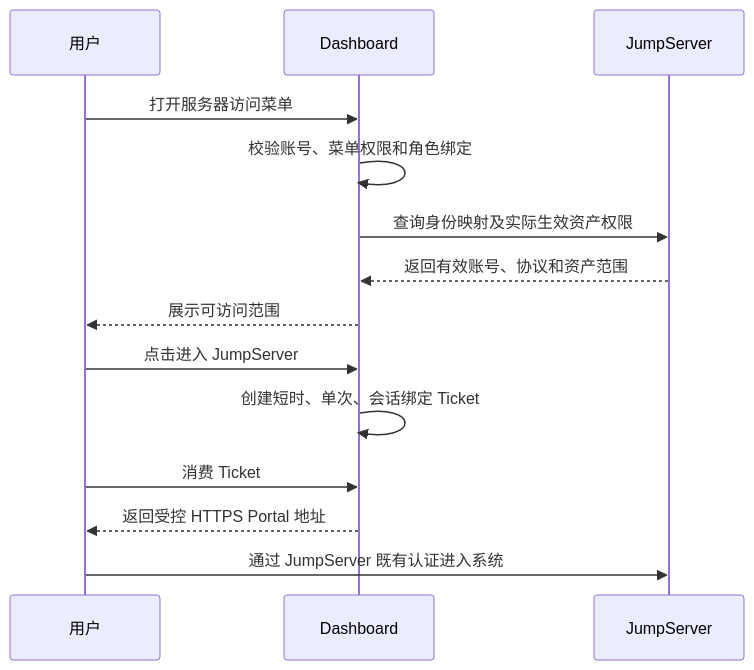
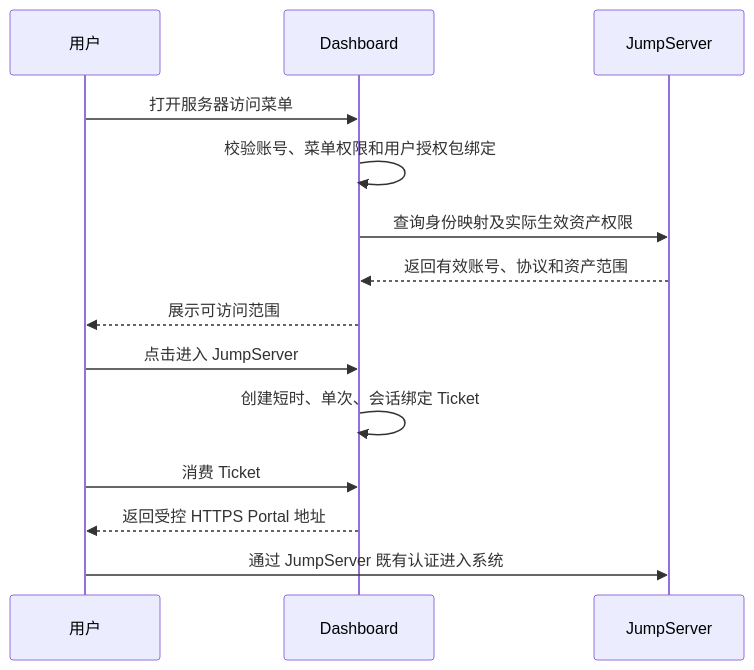
Before and after one commit to liuzel01/dashboard: the diagram in docs/2026-10-18-dashboard-jumpserver-integration-development-plan.md, drawn with Mermaid. The commit also changed other lines of this file, not shown here.

````diff
--- a/docs/2026-10-18-dashboard-jumpserver-integration-development-plan.md
+++ b/docs/2026-10-18-dashboard-jumpserver-integration-development-plan.md
@@ -62,17 +62,17 @@
 ```mermaid
 sequenceDiagram
     participant U as 用户
     participant D as Dashboard
     participant J as JumpServer
 
     U->>D: 打开服务器访问菜单
-    D->>D: 校验账号、菜单权限和角色绑定
+    D->>D: 校验账号、菜单权限和用户授权包绑定
     D->>J: 查询身份映射及实际生效资产权限
     J-->>D: 返回有效账号、协议和资产范围
     D-->>U: 展示可访问范围
     U->>D: 点击进入 JumpServer
     D->>D: 创建短时、单次、会话绑定 Ticket
     U->>D: 消费 Ticket
     D-->>U: 返回受控 HTTPS Portal 地址
     U->>J: 通过 JumpServer 既有认证进入系统
 ```
````
